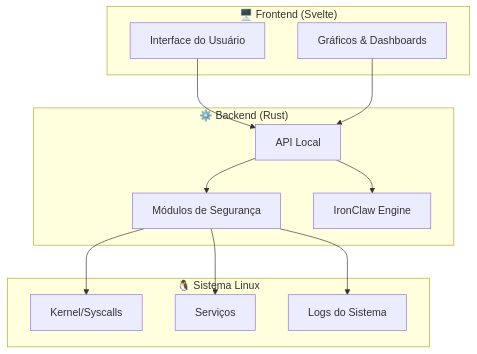
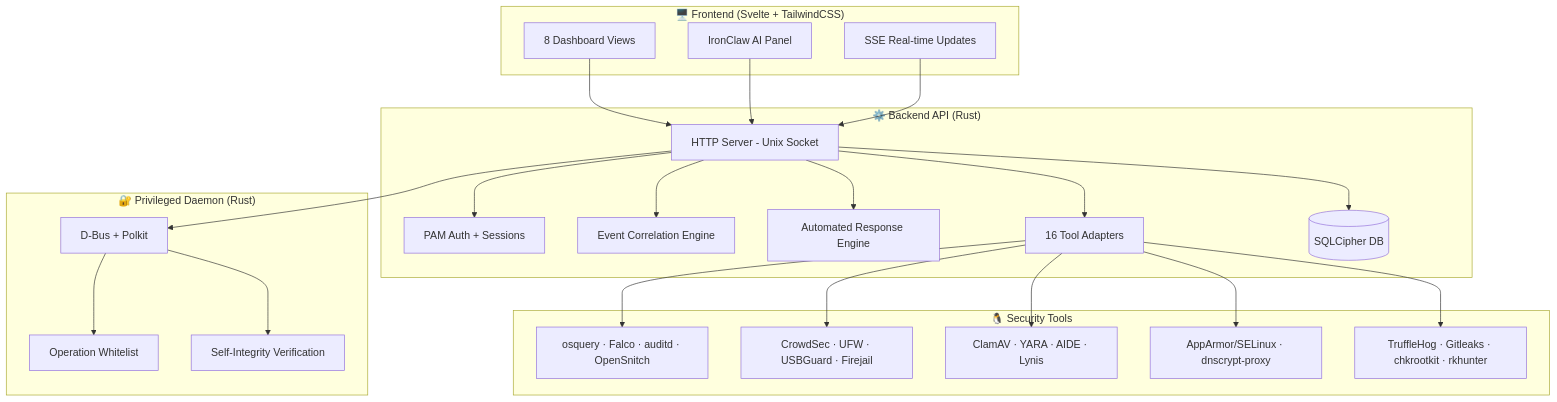
The diagram in README_PTBR.md (catitodev/linux-sec-home-command-center), drawn with Mermaid before and after one commit. The commit also changed other lines of this file and 2 other files, not shown here.

````diff
--- a/README_PTBR.md
+++ b/README_PTBR.md
@@ -93,27 +118,48 @@
 ```mermaid
 graph TB
-    subgraph Frontend["🖥️ Frontend (Svelte)"]
-        UI[Interface do Usuário]
-        Charts[Gráficos & Dashboards]
+    subgraph Frontend["🖥️ Frontend (Svelte + TailwindCSS)"]
+        UI[8 Dashboard Views]
+        IC[IronClaw AI Panel]
+        SSE[SSE Real-time Updates]
     end
 
-    subgraph Backend["⚙️ Backend (Rust)"]
-        API[API Local]
-        Security[Módulos de Segurança]
-        AI[IronClaw Engine]
+    subgraph Backend["⚙️ Backend API (Rust)"]
+        API[HTTP Server - Unix Socket]
+        Auth[PAM Auth + Sessions]
+        Correlator[Event Correlation Engine]
+        Response[Automated Response Engine]
+        Tools[16 Tool Adapters]
+        DB[(SQLCipher DB)]
     end
 
-    subgraph System["🐧 Sistema Linux"]
-        Kernel[Kernel/Syscalls]
-        Services[Serviços]
-        Logs[Logs do Sistema]
+    subgraph Daemon["🔐 Privileged Daemon (Rust)"]
+        DBus[D-Bus + Polkit]
+        Whitelist[Operation Whitelist]
+        Integrity[Self-Integrity Verification]
+    end
+
+    subgraph SecurityTools["🐧 Security Tools"]
+        T1[osquery · Falco · auditd · OpenSnitch]
+        T2[CrowdSec · UFW · USBGuard · Firejail]
+        T3[ClamAV · YARA · AIDE · Lynis]
+        T4[AppArmor/SELinux · dnscrypt-proxy]
+        T5[TruffleHog · Gitleaks · chkrootkit · rkhunter]
     end
 
     UI --> API
-    Charts --> API
-    API --> Security
-    API --> AI
-    Security --> Kernel
-    Security --> Services
-    Security --> Logs
+    IC --> API
+    SSE --> API
+    API --> Auth
+    API --> Correlator
+    API --> Response
+    API --> Tools
+    API --> DB
+    API --> DBus
+    DBus --> Whitelist
+    DBus --> Integrity
+    Tools --> T1
+    Tools --> T2
+    Tools --> T3
+    Tools --> T4
+    Tools --> T5
 ```
````
